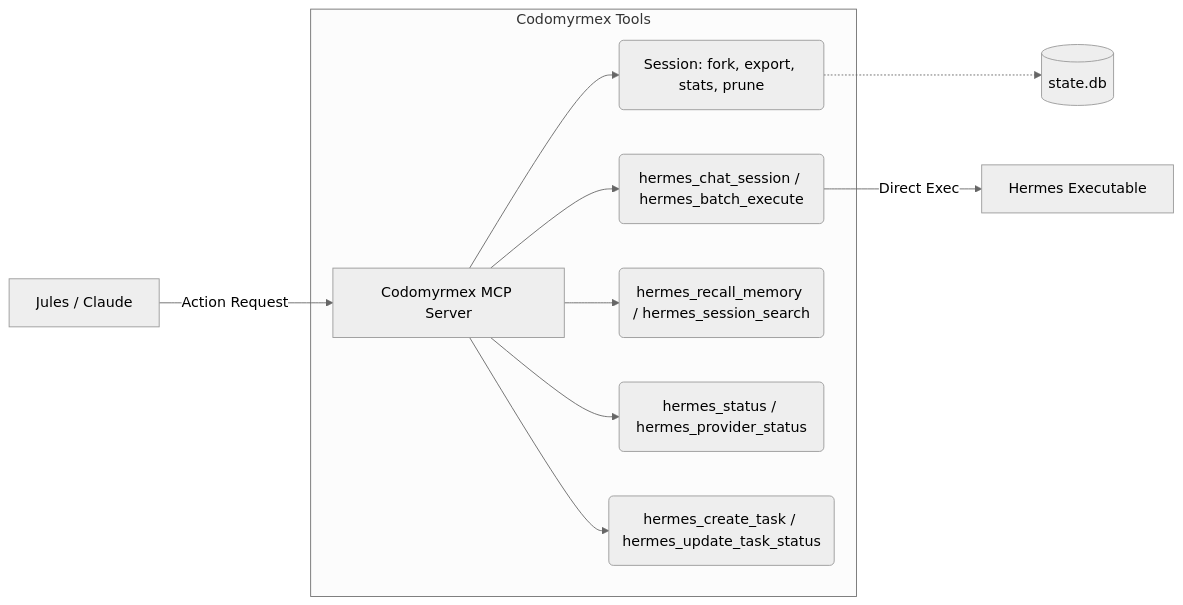
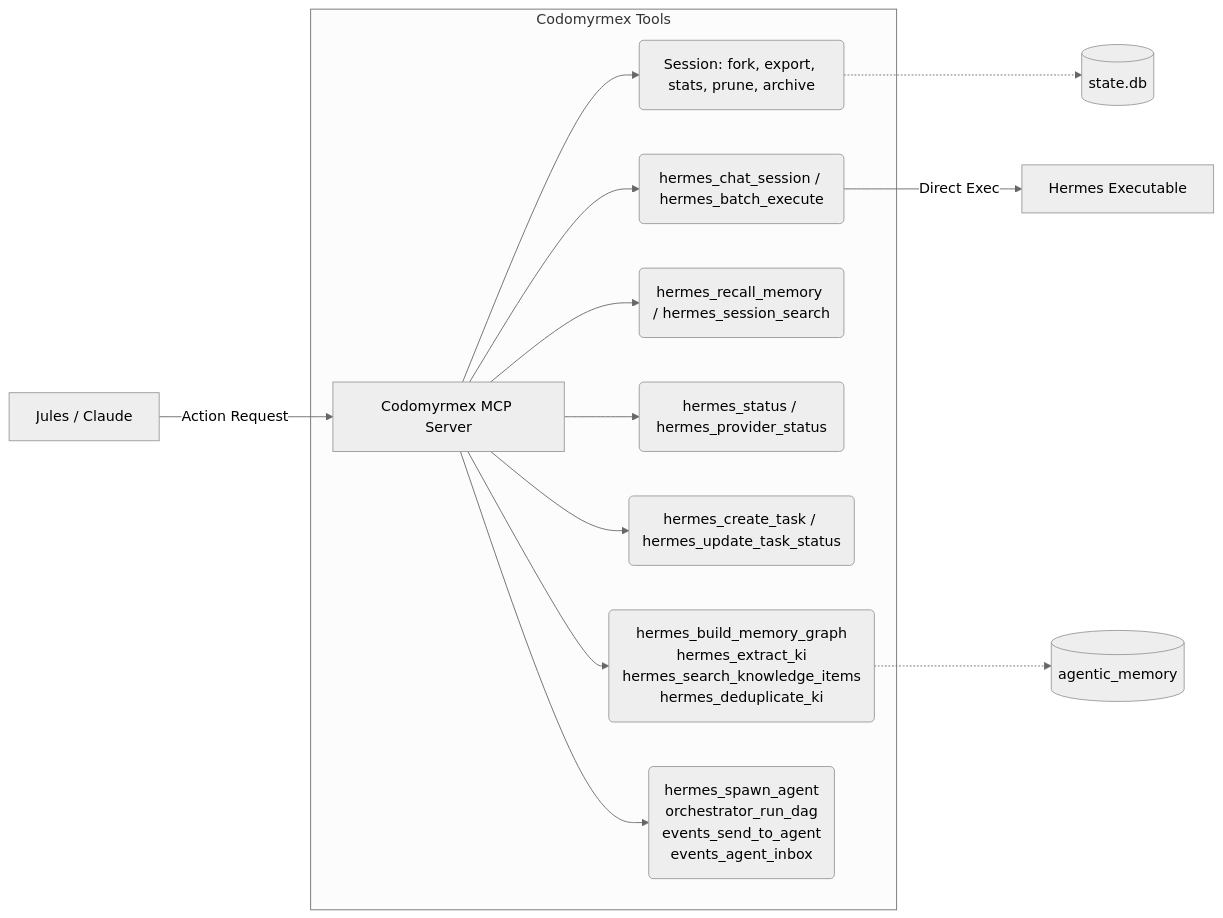
Before and after one commit to docxology/codomyrmex: the third of 5 diagrams in docs/agents/hermes/codomyrmex_integration.md, drawn with Mermaid (neutral theme). The commit also changed other lines of this file and 13 other files, not shown here.

````diff
--- a/docs/agents/hermes/codomyrmex_integration.md
+++ b/docs/agents/hermes/codomyrmex_integration.md
@@ -117,15 +117,18 @@
 ```mermaid
 graph LR
     SwarmProxy[Jules / Claude] --> |Action Request| MCP[Codomyrmex MCP Server]
     
     subgraph Codomyrmex Tools
-        MCP --> SessionMgmt(Session: fork, export, stats, prune)
+        MCP --> SessionMgmt(Session: fork, export, stats, prune, archive)
         MCP --> Chat(hermes_chat_session / hermes_batch_execute)
         MCP --> Search(hermes_recall_memory / hermes_session_search)
         MCP --> Status(hermes_status / hermes_provider_status)
         MCP --> TaskOrch(hermes_create_task / hermes_update_task_status)
+        MCP --> KnowledgeTools("hermes_build_memory_graph<br/>hermes_extract_ki<br/>hermes_search_knowledge_items<br/>hermes_deduplicate_ki")
+        MCP --> SwarmTools("hermes_spawn_agent<br/>orchestrator_run_dag<br/>events_send_to_agent<br/>events_agent_inbox")
     end
     
     SessionMgmt -.-> DB[(state.db)]
     Chat --> |Direct Exec| HermesCli[Hermes Executable]
+    KnowledgeTools -.-> KnowledgeDB[(agentic_memory)]
 ```
````
